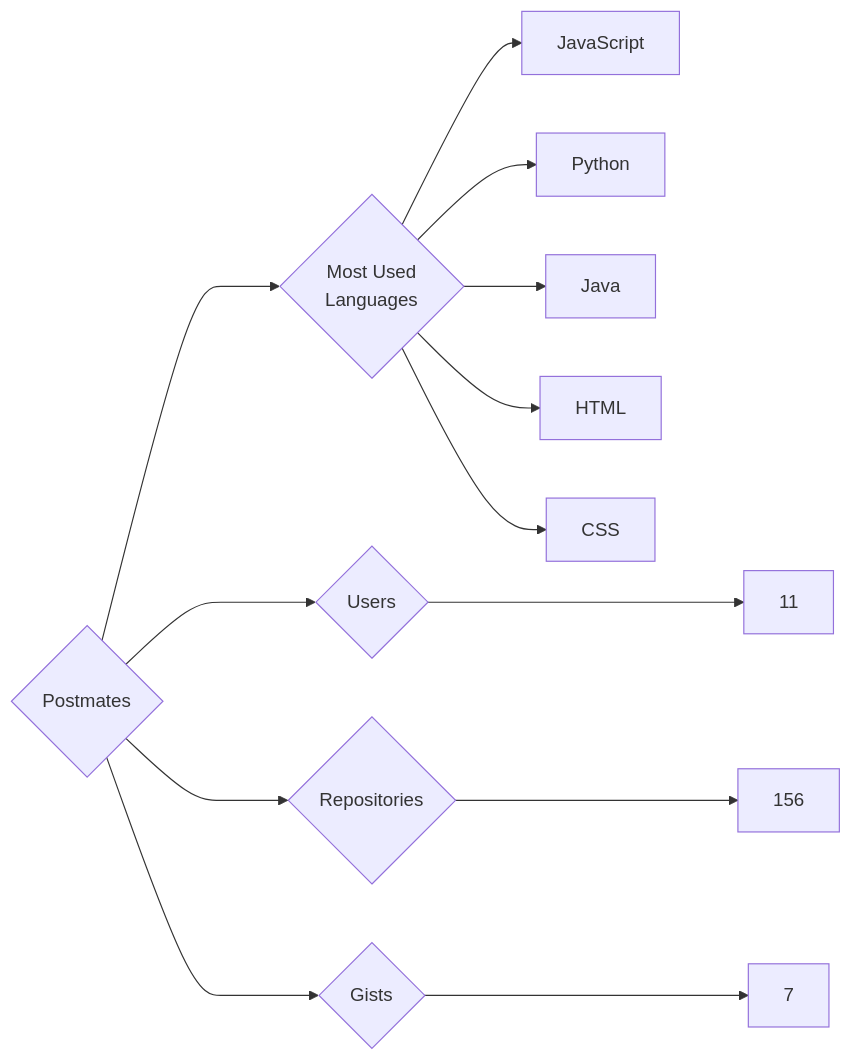
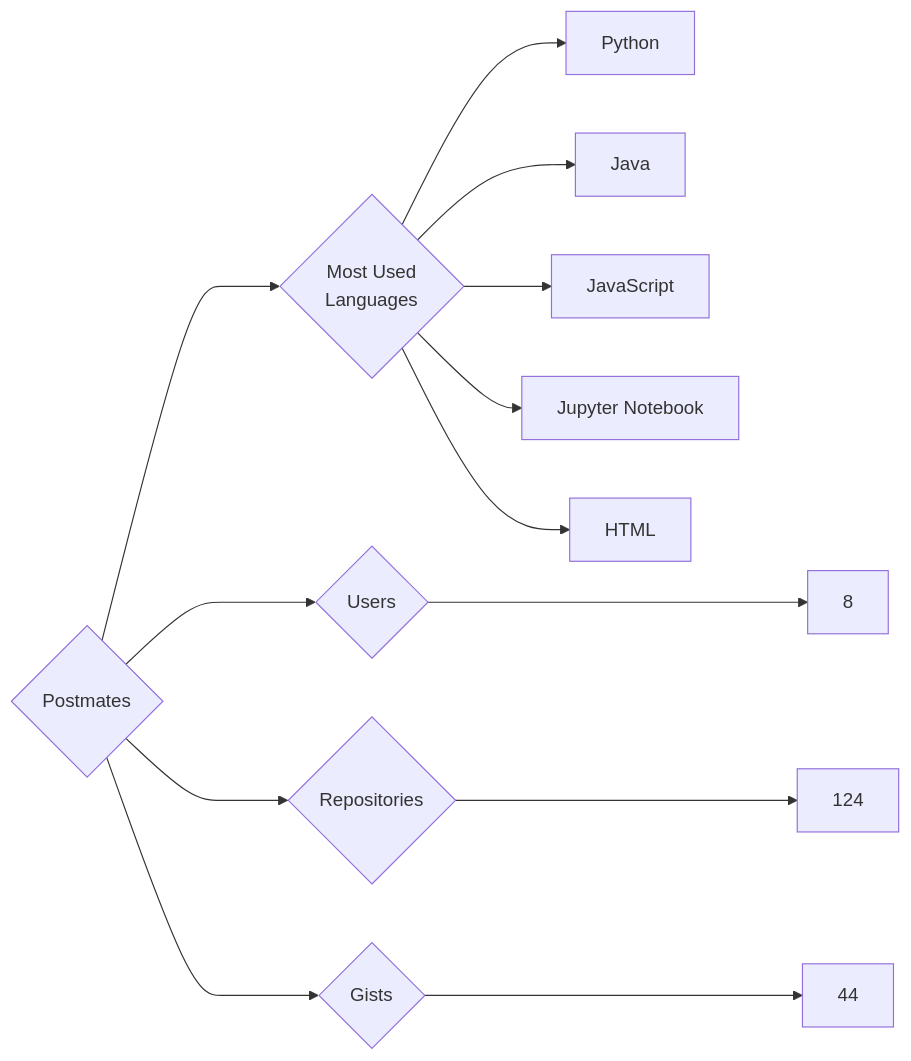
The diagram in targets/Postmates/README.md (trickest/insiders), drawn with Mermaid before and after one commit. The commit also changed 582 other files, not shown here.

````diff
--- a/targets/Postmates/README.md
+++ b/targets/Postmates/README.md
@@ -3,13 +3,13 @@
 ```mermaid
 graph LR
 COMPANY_NAME{Postmates}
-COMPANY_NAME ---> U{Users} ---> UN[11]
-COMPANY_NAME ---> R{Repositories} ---> RN[156]
-COMPANY_NAME ---> G{Gists} ---> GN[7]
+COMPANY_NAME ---> U{Users} ---> UN[8]
+COMPANY_NAME ---> R{Repositories} ---> RN[124]
+COMPANY_NAME ---> G{Gists} ---> GN[44]
 COMPANY_NAME ---> ML{Most Used<br>Languages}
-ML --> JavaScript[JavaScript]
 ML --> Python[Python]
 ML --> Java[Java]
+ML --> JavaScript[JavaScript]
+ML --> Jupyter_Notebook[Jupyter Notebook]
 ML --> HTML[HTML]
-ML --> CSS[CSS]
 ```
````
